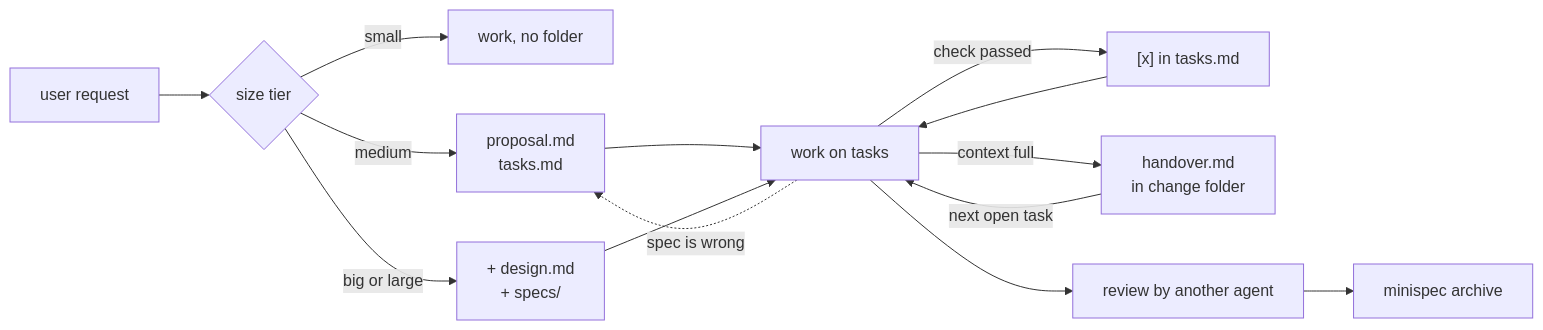
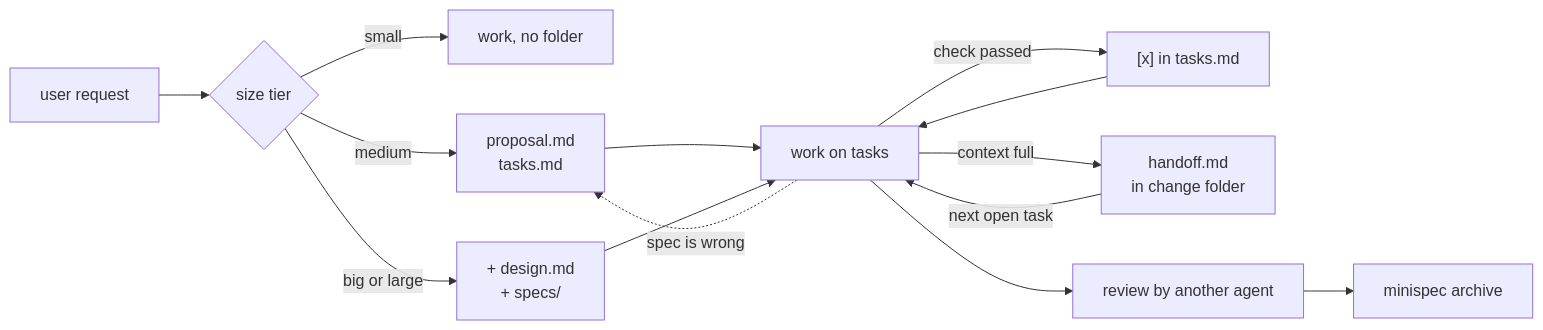
The fourth of 4 diagrams in openspec/changes/claudetto-0-1-0/architecture.md (xsyetopz/claudetto), drawn with Mermaid before and after one commit. The commit also changed other lines of this file and 34 other files, not shown here.

````diff
--- a/openspec/changes/claudetto-0-1-0/architecture.md
+++ b/openspec/changes/claudetto-0-1-0/architecture.md
@@ -142,16 +142,16 @@
 ```mermaid
 flowchart LR
   U[user request] --> TI{size tier}
   TI -- small --> W[work, no folder]
   TI -- medium --> P["proposal.md<br/>tasks.md"]
   TI -- big or large --> P2["+ design.md<br/>+ specs/"]
   P --> IM[work on tasks]
   P2 --> IM
   IM -- "check passed" --> CK["[x] in tasks.md"]
   CK --> IM
-  IM -- "context full" --> HF["handover.md<br/>in change folder"]
+  IM -- "context full" --> HF["handoff.md<br/>in change folder"]
   HF -- "next open task" --> IM
   IM --> RV["review by another agent"]
   RV --> AR["minispec archive"]
   IM -. "spec is wrong" .-> P
 ```
````
